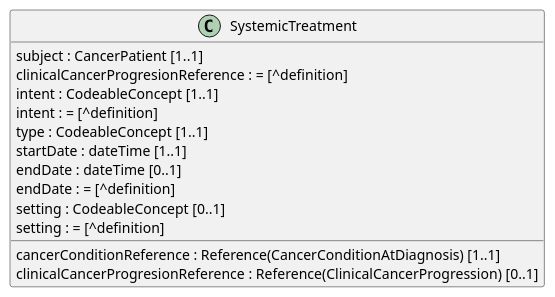
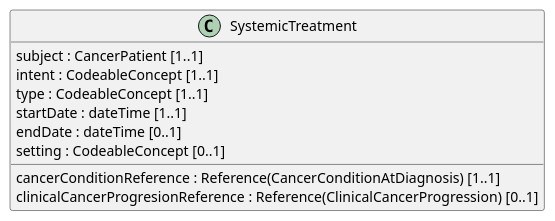
The diagram in input/images-source/SystemicTreatment_LM.plantuml (hl7-eu/cancer-common), drawn with PlantUML before and after one commit. The commit also changed 9 other files, not shown here.

Commit message:
cleaned up plantuml model diagrams

```diff
--- a/input/images-source/SystemicTreatment_LM.plantuml
+++ b/input/images-source/SystemicTreatment_LM.plantuml
@@ -1,20 +1,16 @@
 @startuml
 hide empty members
 skinparam classAttributeIconSize 0
 
 class SystemicTreatment {
   subject : CancerPatient [1..1]
   cancerConditionReference : Reference(CancerConditionAtDiagnosis) [1..1]
   clinicalCancerProgresionReference : Reference(ClinicalCancerProgression) [0..1]
-  clinicalCancerProgresionReference : = [^definition]
   intent : CodeableConcept [1..1]
-  intent : = [^definition]
   type : CodeableConcept [1..1]
   startDate : dateTime [1..1]
   endDate : dateTime [0..1]
-  endDate : = [^definition]
   setting : CodeableConcept [0..1]
-  setting : = [^definition]
 }
 
 @enduml
```
